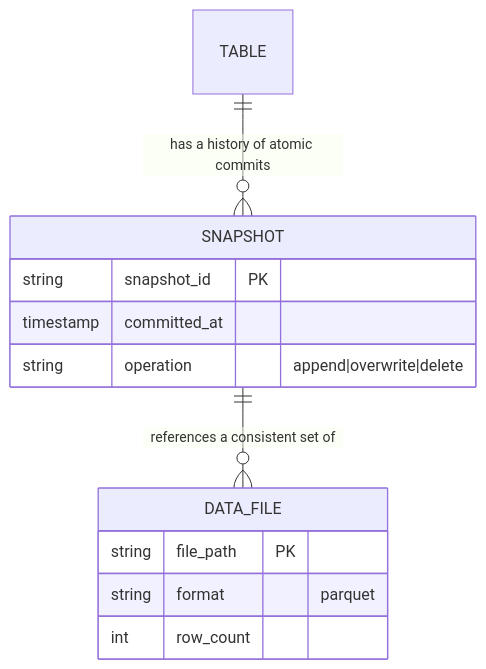
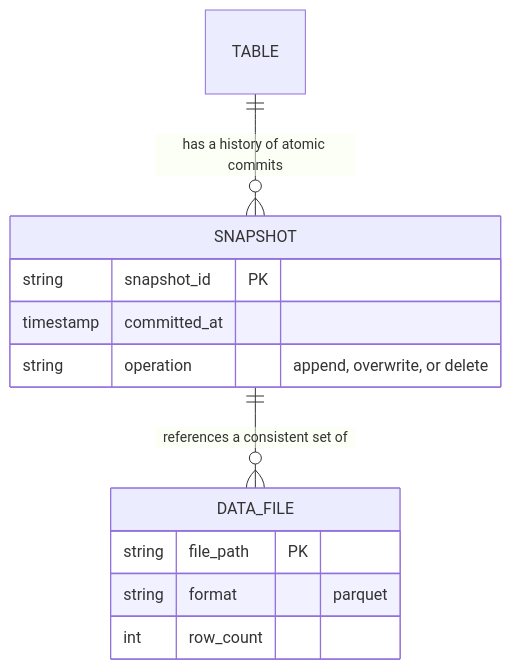
The seventh of 17 diagrams in system-design/HLD/0-course/43-Design-a-Data-Infrastructure-System-FAANG-Guide-story.md (riyaz-pasha/Learnings), drawn with Mermaid before and after one commit. The commit also changed other lines of this file and 1 other file, not shown here.

Commit message:
[REWRITE] Data Infrastructure System story guide: simplify prose, add structure, fix diagrams

````diff
--- a/system-design/HLD/0-course/43-Design-a-Data-Infrastructure-System-FAANG-Guide-story.md
+++ b/system-design/HLD/0-course/43-Design-a-Data-Infrastructure-System-FAANG-Guide-story.md
@@ -175,15 +383,15 @@
 ```mermaid
 erDiagram
     TABLE ||--o{ SNAPSHOT : "has a history of atomic commits"
     SNAPSHOT ||--o{ DATA_FILE : "references a consistent set of"
     SNAPSHOT {
         string snapshot_id PK
         timestamp committed_at
-        string operation "append|overwrite|delete"
+        string operation "append, overwrite, or delete"
     }
     DATA_FILE {
         string file_path PK
         string format "parquet"
         int row_count
     }
 ```
````
